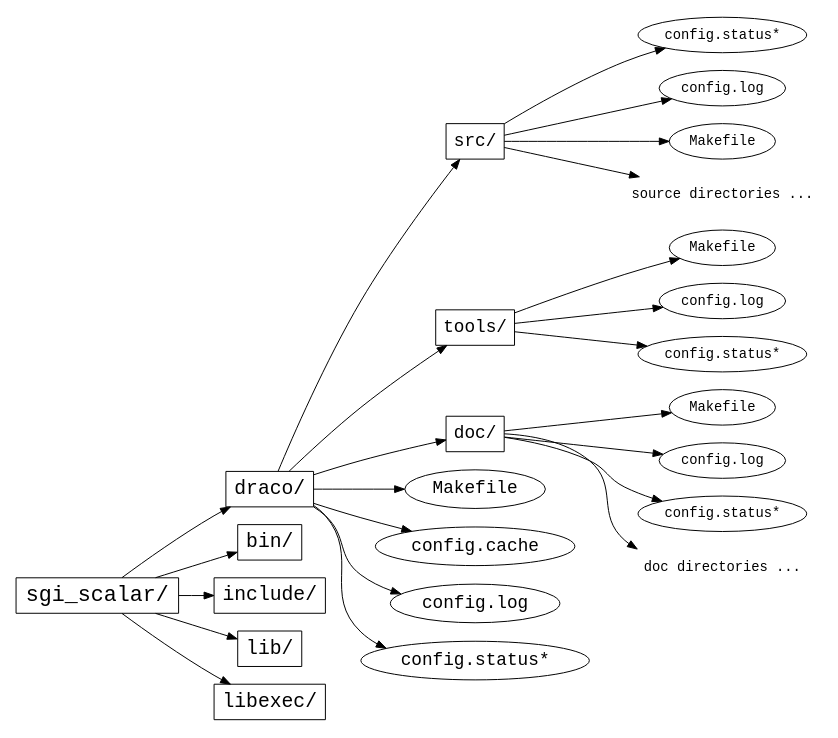
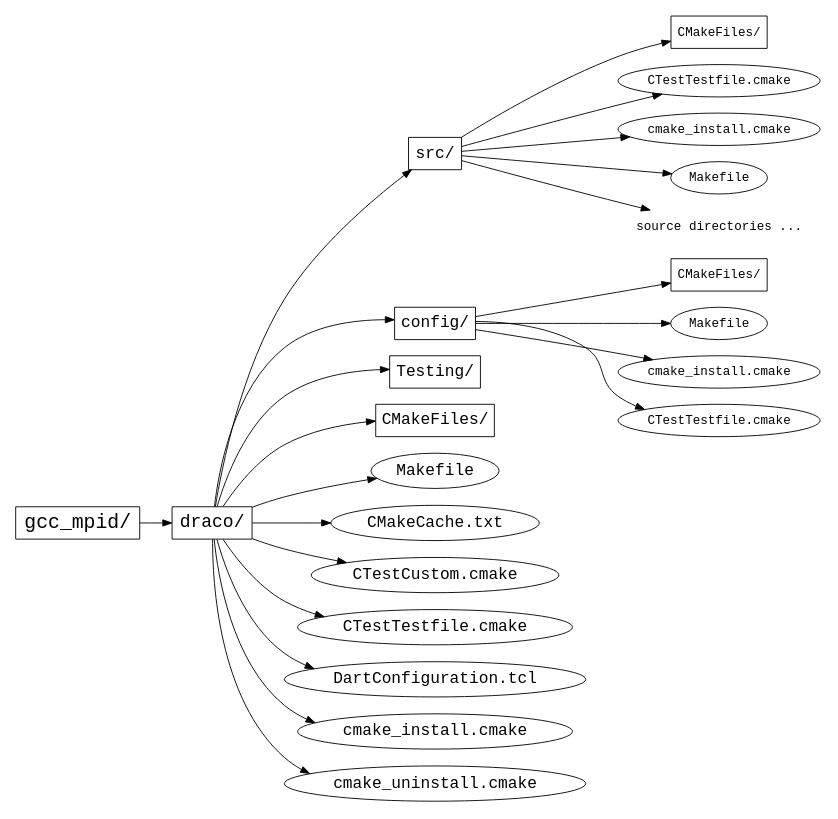
The diagram in doc/build/fig/build_tree.dot (warsa/Draco), drawn with Graphviz before and after one commit. The commit also changed 39 other files, not shown here.

Commit message:
+ Provide a nearly complete rewrite of the Draco Build System document that provides relevant information about the CMake-based build system.

```diff
--- a/doc/build/fig/build_tree.dot
+++ b/doc/build/fig/build_tree.dot
@@ -1,76 +1,85 @@
 /* Time-stamp: <99/02/01 16:18:21 tme> */
 
 digraph build_tree {
   /* graph attributes */
     center=1;
     margin=".25,.25";
     size="6.5,9";
     rankdir=LR;
     
   /* main directories */
 
     node [fontname=Courier];
 
   /* .. level */
 
-    sgi [label="sgi_scalar/", fontsize=22, shape=box];
+    gccmpid [label="gcc_mpid/", fontsize=22, shape=box];
     
   /* sgi_scalar level */
 
     draco   [label="draco/", fontsize=20, shape=box];
-    bin     [label="bin/", fontsize=20, shape=box];
-    include [label="include/", fontsize=20, shape=box];
-    lib     [label="lib/", fontsize=20, shape=box];
-    libexe  [label="libexec/", fontsize=20, shape=box];
+/*    bin     [label="bin/", fontsize=20, shape=box]; */
+/*    include [label="include/", fontsize=20, shape=box]; */
+/*    lib     [label="lib/", fontsize=20, shape=box]; */
+/*    libexe  [label="libexec/", fontsize=20, shape=box]; */
 
   /* draco/ level */
     node [fontsize=18];
     {
       /* directories */
 	node   [shape=box];
 	src    [label="src/"];
-	tools  [label="tools/"];
-	doc    [label="doc/"];
+	config [label="config/"];
+	testing [label="Testing/"];
+	cmakefiles [label="CMakeFiles/"];
 
       /* files */
 	node       [shape=ellipse];
 	draco_make [label="Makefile"];
-	draco_cach [label="config.cache"];
-	draco_log  [label="config.log"];
-	draco_stat [label="config.status*"];
+	draco_cach [label="CMakeCache.txt"];
+	draco_cust [label="CTestCustom.cmake"];
+	draco_ctest [label="CTestTestfile.cmake"];
+	draco_dart [label="DartConfiguration.tcl"];
+	draco_install [label="cmake_install.cmake"];
+	draco_uninstall [label="cmake_uninstall.cmake"];
     }
     
   /* draco/<dir> */
     node [fontsize=14];
     {
       /* src */
+        node   [shape=box];
+        src_cmfiles [label="CMakeFiles/"];
+        
 	node    [shape=ellipse];
-	src_cs  [label="config.status*"];
-	src_cl  [label="config.log"];
+	src_ctest   [label="CTestTestfile.cmake"];
+	src_install [label="cmake_install.cmake"];
 	src_m   [label="Makefile"];
 
 	src_files [label="source directories ...", shape=plaintext];
 
-      /* tools */
+      /* config */
+        node   [shape=box];
+        config_cmfiles [label="CMakeFiles/"];
+        
 	node     [shape=ellipse];
-	tools_m  [label="Makefile"];
-	tools_cl [label="config.log"];
-	tools_cs [label="config.status*"];
+	config_m  [label="Makefile"];
+	config_install [label="cmake_install.cmake"];
+	config_ctest [label="CTestTestfile.cmake"];
 
-      /* doc */
-	node   [shape=ellipse];
-	doc_m  [label="Makefile"];
-	doc_cl [label="config.log"];
-	doc_cs [label="config.status*"];
+      /* Testing */
+        /* node   [shape=box]; */
+        /* test_temp [label="Temporary/"]; */
 
-	doc_files [label="doc directories ...", shape=plaintext];
     }
     
   /* tree */
 
-    sgi -> {draco include lib bin libexe};
-    draco -> {src tools doc draco_make draco_cach draco_log draco_stat};
-    src -> {src_cs src_cl src_m src_files};
-    tools -> {tools_m tools_cl tools_cs};
-    doc -> {doc_m doc_cl doc_cs doc_files};
+    gccmpid -> {draco}; /*  include lib bin libexe}; */
+    draco -> {src config testing cmakefiles
+            draco_make draco_cach draco_cust draco_ctest draco_dart
+            draco_install draco_uninstall};
+    src -> {src_cmfiles src_m src_install src_ctest src_files};
+    config -> {config_cmfiles config_m config_install config_ctest};
+    /* testing -> {test_temp}; */
 }
```
